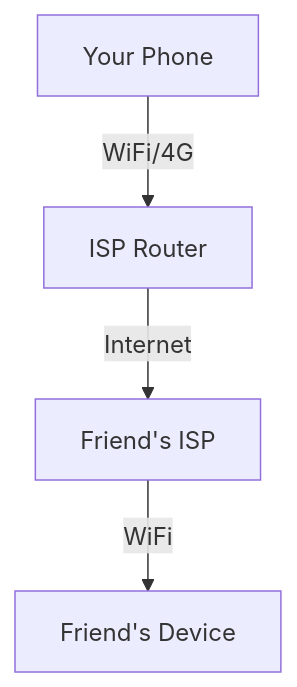
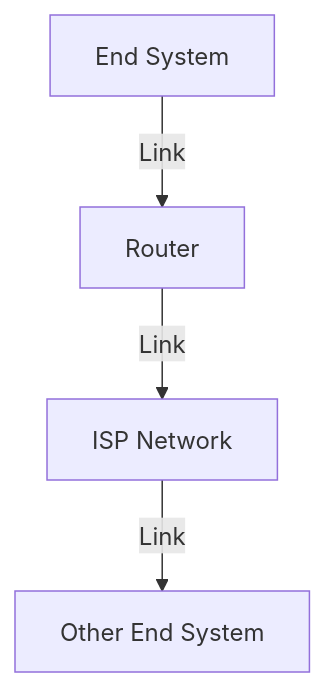
Before and after one commit to Attash2312/cntheory: the diagram in ch1/1.1_What_Is_the_Internet.md, drawn with Mermaid. The commit also changed other lines of this file and 77 other files, not shown here.

````diff
--- a/ch1/1.1_What_Is_the_Internet.md
+++ b/ch1/1.1_What_Is_the_Internet.md
@@ -18,6 +28,6 @@
 ```mermaid
 graph TD
-  A[Your Phone] -- WiFi/4G --> B[ISP Router]
-  B -- Internet --> C[Friend's ISP]
-  C -- WiFi --> D[Friend's Device]
+  A[End System] -- Link --> B[Router]
+  B -- Link --> C[ISP Network]
+  C -- Link --> D[Other End System]
 ```
````
